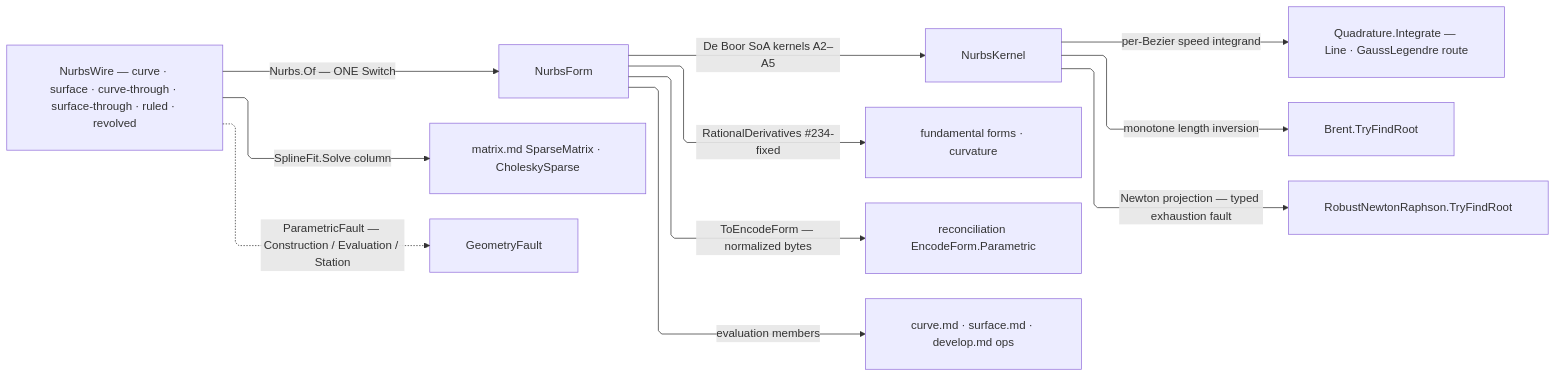
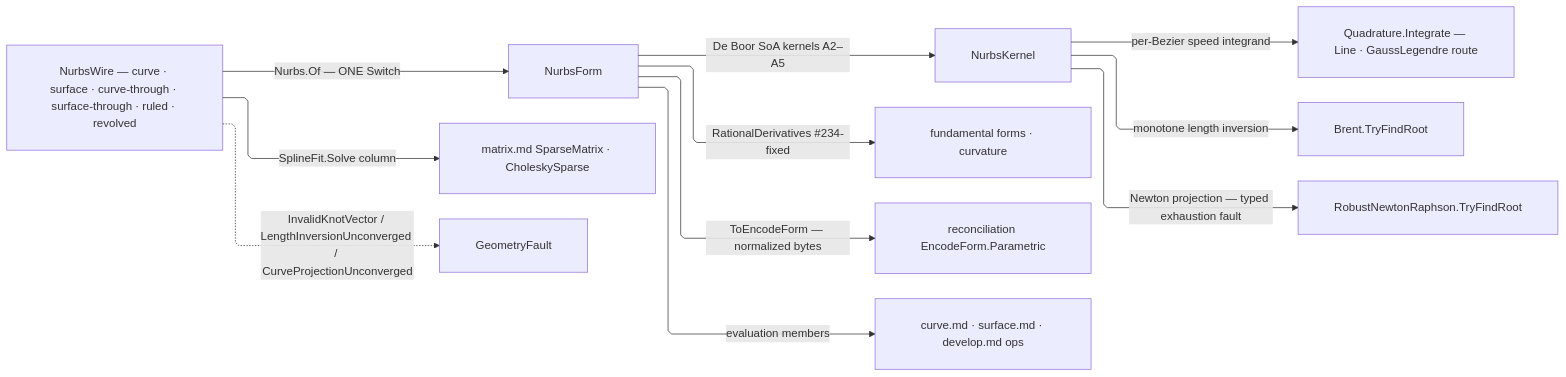
The diagram in libs/dotnet/Rasm/.planning/Parametric/nurbs.md (bsamiee/Rasm), drawn with Mermaid before and after one commit. The commit also changed other lines of this file and 99 other files, not shown here.

````diff
--- a/libs/dotnet/Rasm/.planning/Parametric/nurbs.md
+++ b/libs/dotnet/Rasm/.planning/Parametric/nurbs.md
@@ -457,22 +453,22 @@
 ```mermaid
 ---
 config:
   layout: elk
   flowchart:
     curve: linear
     padding: 25
 ---
 flowchart LR
     accTitle: NURBS engine admission and evaluation flow
     accDescr: NurbsWire shapes fold through Nurbs.Of into NurbsForm carriers; De Boor kernels serve evaluation, quadrature rides the kernel Quadrature owner, inversion rides MathNet, and identity leaves through EncodeForm.
     Wire["NurbsWire — curve · surface · curve-through · surface-through · ruled · revolved"] -->|"Nurbs.Of — ONE Switch"| NurbsForm
     Wire -->|"SplineFit.Solve column"| Matrix["matrix.md SparseMatrix · CholeskySparse"]
     NurbsForm -->|"De Boor SoA kernels A2–A5"| NurbsKernel
     NurbsKernel -->|"per-Bezier speed integrand"| Quadrature["Quadrature.Integrate — Line · GaussLegendre route"]
     NurbsKernel -->|"monotone length inversion"| Brent["Brent.TryFindRoot"]
     NurbsKernel -->|"Newton projection — typed exhaustion fault"| Newton["RobustNewtonRaphson.TryFindRoot"]
     NurbsForm -->|"RationalDerivatives #234-fixed"| Forms["fundamental forms · curvature"]
     NurbsForm -->|"ToEncodeForm — normalized bytes"| EncodeForm["reconciliation EncodeForm.Parametric"]
     NurbsForm -->|"evaluation members"| Consumers["curve.md · surface.md · develop.md ops"]
-    Wire -.->|"ParametricFault — Construction / Evaluation / Station"| GeometryFault
+    Wire -.->|"InvalidKnotVector / LengthInversionUnconverged / CurveProjectionUnconverged"| GeometryFault
 ```
````
